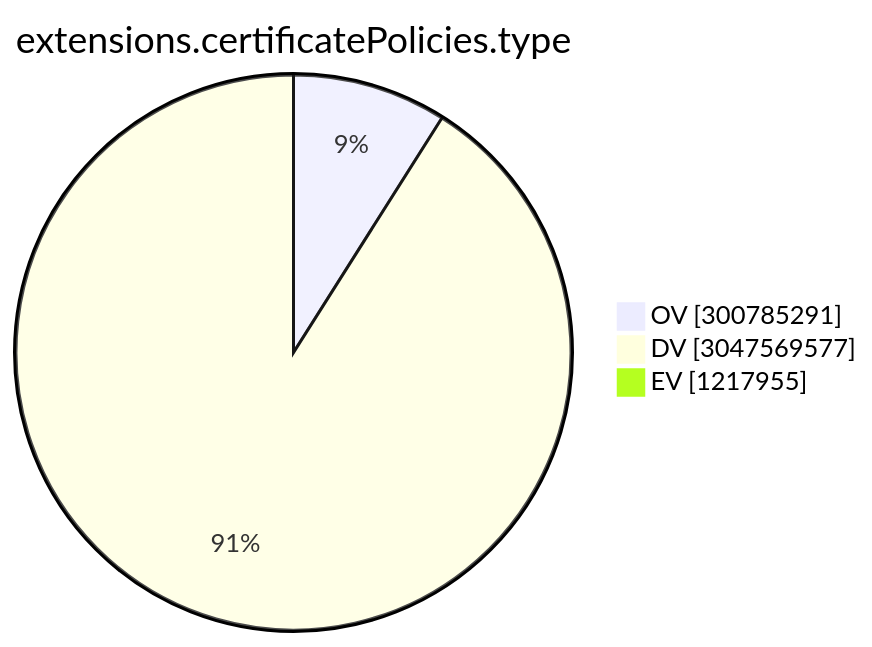
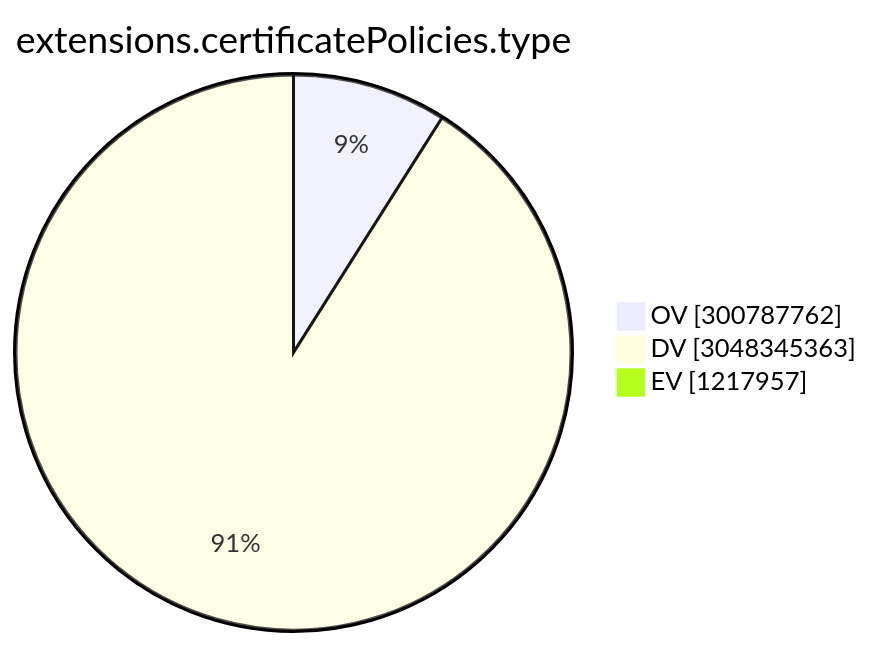
One commit to christiankrug/ctmonitor_visualization changed the ninth of 15 diagrams in TOTAL/README.md. Above: the diagram before and after it, drawn with Mermaid. The commit also changed other lines of this file, not shown here.

````diff
--- a/TOTAL/README.md
+++ b/TOTAL/README.md
@@ -3102,7 +3102,7 @@
 ```mermaid
 pie showData
 title extensions.certificatePolicies.type
-"OV" :300785291
-"DV" :3047569577
-"EV" :1217955
+"OV" :300787762
+"DV" :3048345363
+"EV" :1217957
 ```
````
